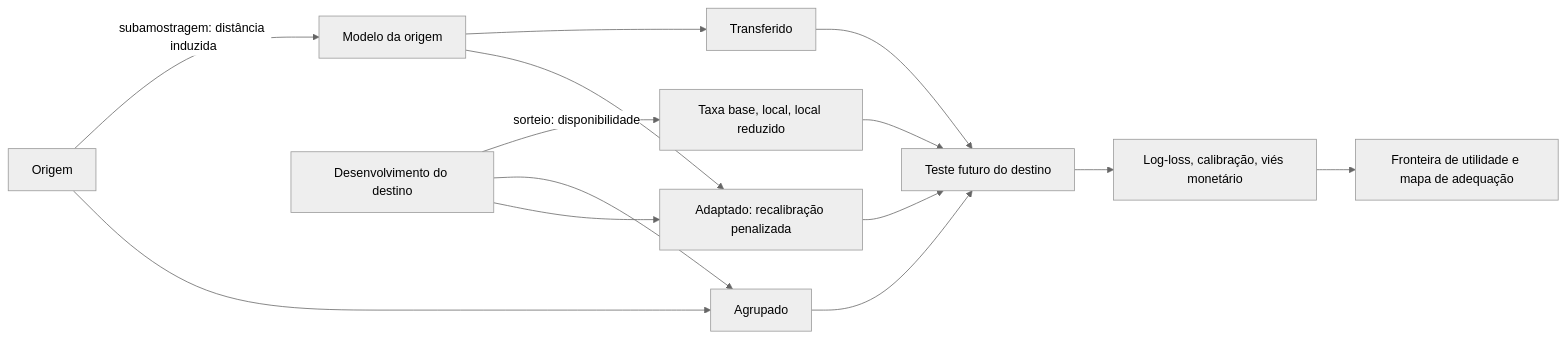
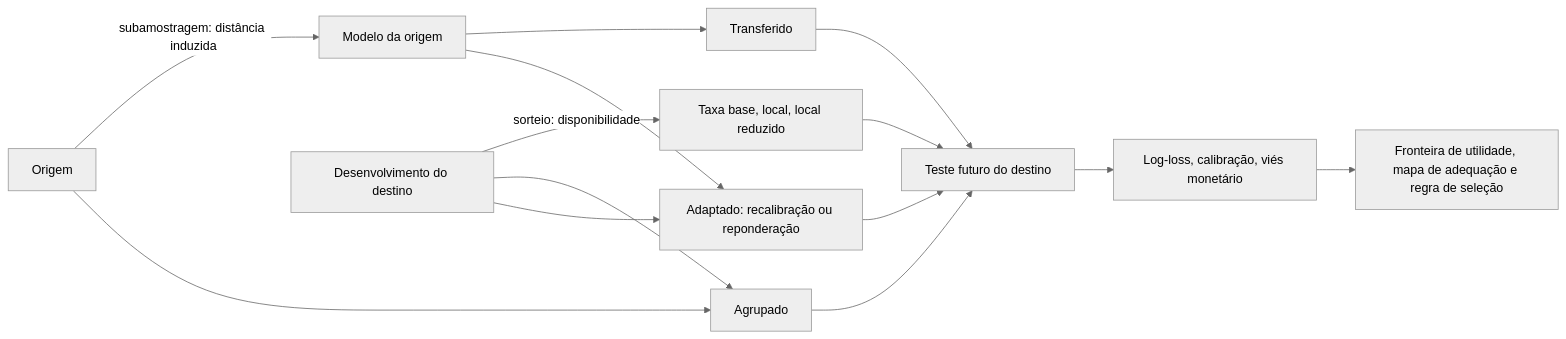
The diagram in README.md (Arthur0311/dissertacao-ecl-ml), drawn with Mermaid (neutral theme) before and after one commit. The commit also changed other lines of this file and 17 other files, not shown here.

````diff
--- a/README.md
+++ b/README.md
@@ -38,16 +40,16 @@
 ```mermaid
 flowchart LR
     O[Origem] -->|subamostragem: distância induzida| M[Modelo da origem]
     L[Desenvolvimento do destino] -->|sorteio: disponibilidade| R[Taxa base, local, local reduzido]
     O --> G[Agrupado]
     L --> G
     M --> T[Transferido]
-    M --> A[Adaptado: recalibração penalizada]
+    M --> A[Adaptado: recalibração ou reponderação]
     L --> A
     R --> X[Teste futuro do destino]
     G --> X
     T --> X
     A --> X
     X --> Q[Log-loss, calibração, viés monetário]
-    Q --> F[Fronteira de utilidade e mapa de adequação]
+    Q --> F[Fronteira de utilidade, mapa de adequação e regra de seleção]
 ```
````
